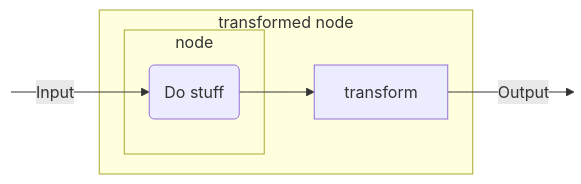
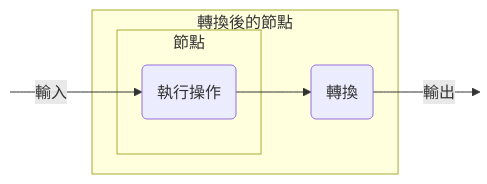
Diagram 15 of 15 in docs/zh-Hant/koog/nodes-and-components.md (BinaryTape/Open-Docs), drawn with Mermaid before and after one commit. The commit also changed other lines of this file and 457 other files, not shown here.

````diff
--- a/docs/zh-Hant/koog/nodes-and-components.md
+++ b/docs/zh-Hant/koog/nodes-and-components.md
@@ -873,16 +860,16 @@
 ```mermaid
 graph LR
     in:::hidden
     out:::hidden
     
-    subgraph nodeWithTransform [transformed node]
-        subgraph node ["node"]
-            execute(Do stuff)
+    subgraph nodeWithTransform [轉換後的節點]
+        subgraph node ["節點"]
+            execute(執行操作)
         end
-        transform
+        transform(轉換)
     end
     
-    in --Input--> execute --> transform --Output--> out
+    in --輸入--> execute --> transform --輸出--> out
 
     classDef hidden display: none;
 ```
````
